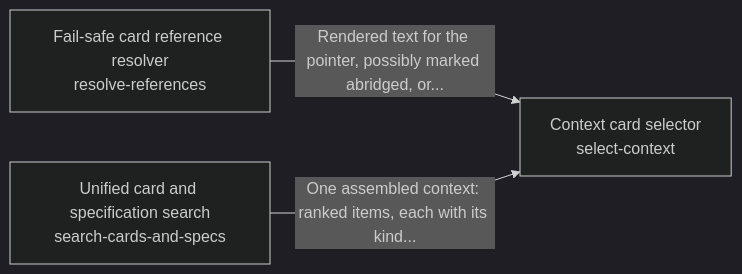
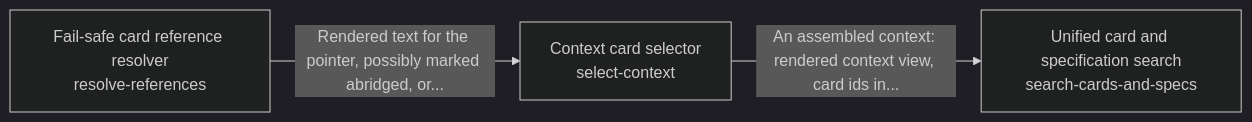
One commit to SpiritualData/quest-ai-runner changed the diagram in quest_ai_runner/select_context/README.md. Above: the diagram before and after it, drawn with Mermaid (dark theme). The commit also changed other lines of this file and 19 other files, not shown here.

````diff
--- a/quest_ai_runner/select_context/README.md
+++ b/quest_ai_runner/select_context/README.md
@@ -17,8 +17,8 @@
 ```mermaid
 flowchart LR
     s0["Context card selector<br/>select-context"]
     s1["Fail-safe card reference resolver<br/>resolve-references"]
     s2["Unified card and specification search<br/>search-cards-and-specs"]
+    s0 -->|"An assembled context: rendered context view, card ids in..."| s2
     s1 -->|"Rendered text for the pointer, possibly marked abridged, or..."| s0
-    s2 -->|"One assembled context: ranked items, each with its kind..."| s0
 ```
````
